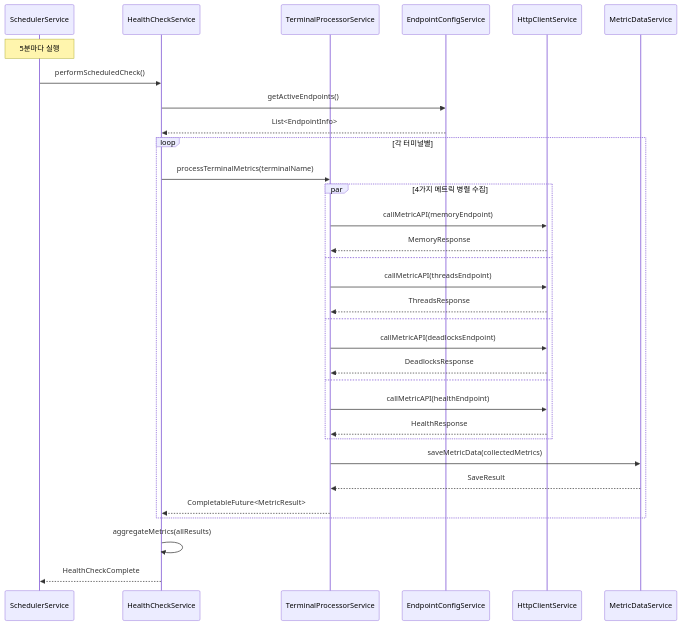
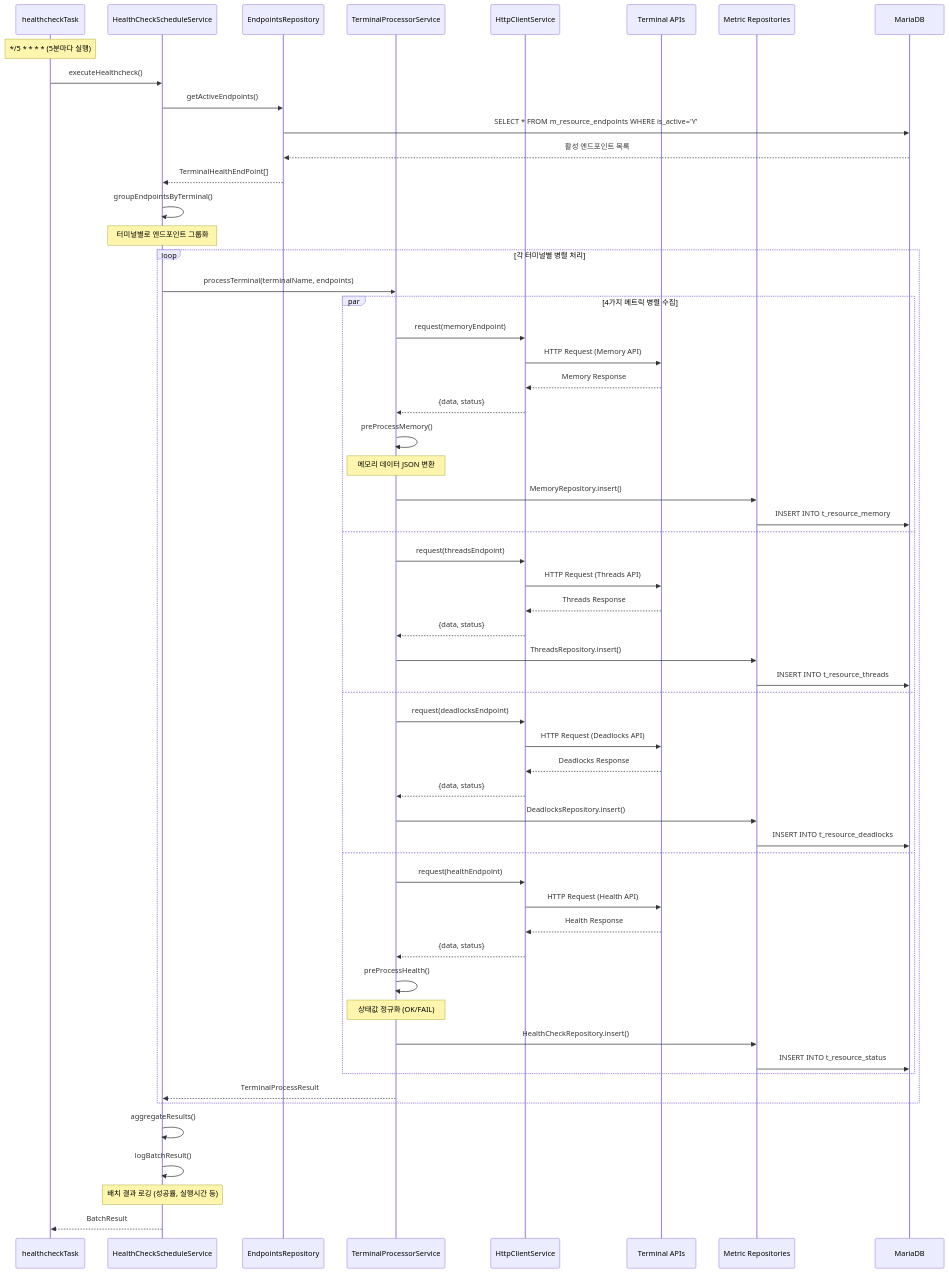
One commit to leedg92/Obsidian changed the second of 4 diagrams in 무제112.md. Above: the diagram before and after it, drawn with Mermaid. The commit also changed other lines of this file, not shown here.

````diff
--- a/무제112.md
+++ b/무제112.md
@@ -134,41 +235,74 @@
 ```mermaid
 sequenceDiagram
-    participant Scheduler as SchedulerService
-    participant HealthSvc as HealthCheckService  
+    participant Scheduler as healthcheckTask
+    participant HealthSvc as HealthCheckScheduleService
+    participant EndpointRepo as EndpointsRepository
     participant TerminalProc as TerminalProcessorService
-    participant EndpointSvc as EndpointConfigService
     participant HttpClient as HttpClientService
-    participant MetricData as MetricDataService
+    participant ExternalAPI as Terminal APIs
+    participant Repositories as Metric Repositories
+    participant DB as MariaDB
 
-    Note over Scheduler: 5분마다 실행
-    Scheduler->>HealthSvc: performScheduledCheck()
+    Note over Scheduler: */5 * * * * (5분마다 실행)
+    Scheduler->>HealthSvc: executeHealthcheck()
     
-    HealthSvc->>EndpointSvc: getActiveEndpoints()
-    EndpointSvc-->>HealthSvc: List<EndpointInfo>
+    HealthSvc->>EndpointRepo: getActiveEndpoints()
+    EndpointRepo->>DB: SELECT * FROM m_resource_endpoints WHERE is_active='Y'
+    DB-->>EndpointRepo: 활성 엔드포인트 목록
+    EndpointRepo-->>HealthSvc: TerminalHealthEndPoint[]
     
-    loop 각 터미널별
-        HealthSvc->>TerminalProc: processTerminalMetrics(terminalName)
+    HealthSvc->>HealthSvc: groupEndpointsByTerminal()
+    Note over HealthSvc: 터미널별로 엔드포인트 그룹화
+    
+    loop 각 터미널별 병렬 처리
+        HealthSvc->>TerminalProc: processTerminal(terminalName, endpoints)
         
         par 4가지 메트릭 병렬 수집
-            TerminalProc->>HttpClient: callMetricAPI(memoryEndpoint)
-            HttpClient-->>TerminalProc: MemoryResponse
+            TerminalProc->>HttpClient: request(memoryEndpoint)
+            HttpClient->>ExternalAPI: HTTP Request (Memory API)
+            ExternalAPI-->>HttpClient: Memory Response
+            HttpClient-->>TerminalProc: {data, status}
+            
+            TerminalProc->>TerminalProc: preProcessMemory()
+            Note over TerminalProc: 메모리 데이터 JSON 변환
+            
+            TerminalProc->>Repositories: MemoryRepository.insert()
+            Repositories->>DB: INSERT INTO t_resource_memory
         and
-            TerminalProc->>HttpClient: callMetricAPI(threadsEndpoint)  
-            HttpClient-->>TerminalProc: ThreadsResponse
+            TerminalProc->>HttpClient: request(threadsEndpoint)
+            HttpClient->>ExternalAPI: HTTP Request (Threads API)
+            ExternalAPI-->>HttpClient: Threads Response
+            HttpClient-->>TerminalProc: {data, status}
+            
+            TerminalProc->>Repositories: ThreadsRepository.insert()
+            Repositories->>DB: INSERT INTO t_resource_threads
         and
-            TerminalProc->>HttpClient: callMetricAPI(deadlocksEndpoint)
-            HttpClient-->>TerminalProc: DeadlocksResponse
+            TerminalProc->>HttpClient: request(deadlocksEndpoint)
+            HttpClient->>ExternalAPI: HTTP Request (Deadlocks API)
+            ExternalAPI-->>HttpClient: Deadlocks Response
+            HttpClient-->>TerminalProc: {data, status}
+            
+            TerminalProc->>Repositories: DeadlocksRepository.insert()
+            Repositories->>DB: INSERT INTO t_resource_deadlocks
         and
-            TerminalProc->>HttpClient: callMetricAPI(healthEndpoint)
-            HttpClient-->>TerminalProc: HealthResponse
+            TerminalProc->>HttpClient: request(healthEndpoint)
+            HttpClient->>ExternalAPI: HTTP Request (Health API)
+            ExternalAPI-->>HttpClient: Health Response
+            HttpClient-->>TerminalProc: {data, status}
+            
+            TerminalProc->>TerminalProc: preProcessHealth()
+            Note over TerminalProc: 상태값 정규화 (OK/FAIL)
+            
+            TerminalProc->>Repositories: HealthCheckRepository.insert()
+            Repositories->>DB: INSERT INTO t_resource_status
         end
         
-        TerminalProc->>MetricData: saveMetricData(collectedMetrics)
-        MetricData-->>TerminalProc: SaveResult
-        
-        TerminalProc-->>HealthSvc: CompletableFuture<MetricResult>
+        TerminalProc-->>HealthSvc: TerminalProcessResult
     end
     
-    HealthSvc->>HealthSvc: aggregateMetrics(allResults)
-    HealthSvc-->>Scheduler: HealthCheckComplete
+    HealthSvc->>HealthSvc: aggregateResults()
+    HealthSvc->>HealthSvc: logBatchResult()
+    Note over HealthSvc: 배치 결과 로깅 (성공률, 실행시간 등)
+    
+    HealthSvc-->>Scheduler: BatchResult
 ```
````
